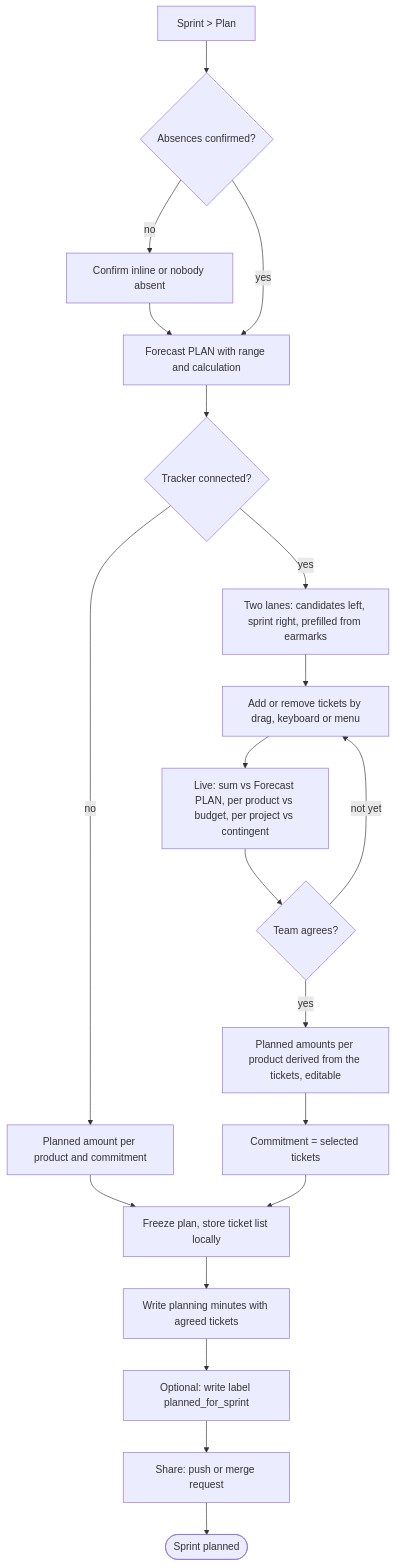
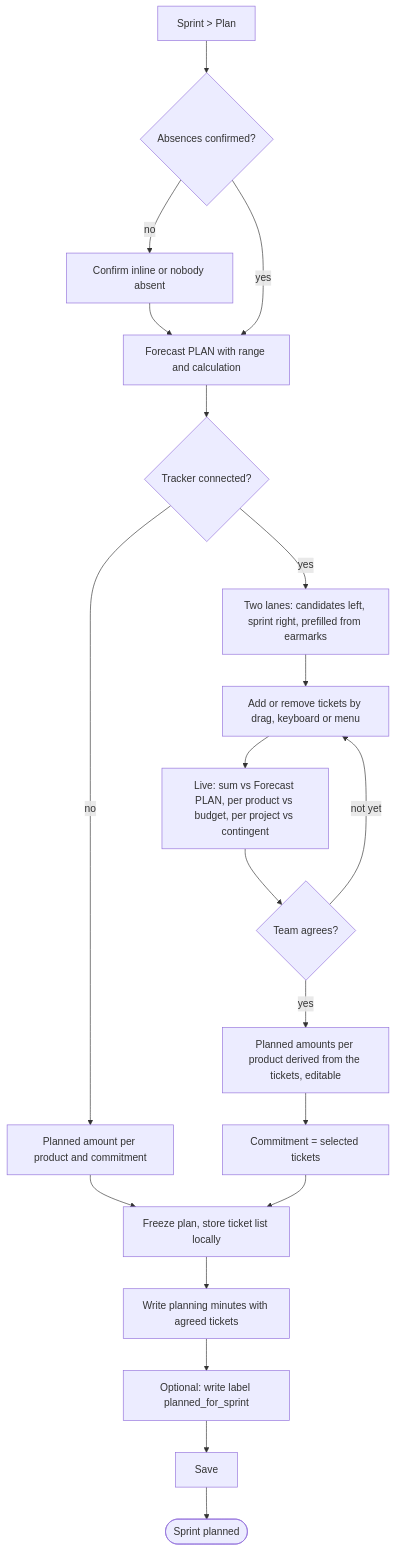
The sixth of 15 diagrams in docs/redesign/flows.md (swallat/foresprint), drawn with Mermaid before and after one commit. The commit also changed other lines of this file and 1 other file, not shown here.

First line of the commit message:
Make data flows storage-neutral (shared folder or Git) and define the storage interface

````diff
--- a/docs/redesign/flows.md
+++ b/docs/redesign/flows.md
@@ -218,21 +215,21 @@
 ```mermaid
 flowchart TD
   S[Sprint > Plan] --> A{Absences confirmed?}
   A -- no --> A1[Confirm inline or nobody absent] --> F
   A -- yes --> F[Forecast PLAN with range and calculation]
   F --> T{Tracker connected?}
   T -- no --> P[Planned amount per product and commitment]
   T -- yes --> L[Two lanes: candidates left, sprint right, prefilled from earmarks]
   L --> M[Add or remove tickets by drag, keyboard or menu]
   M --> G[Live: sum vs Forecast PLAN, per product vs budget, per project vs contingent]
   G --> Q{Team agrees?}
   Q -- not yet --> M
   Q -- yes --> P2[Planned amounts per product derived from the tickets, editable]
   P2 --> C[Commitment = selected tickets]
   P --> Z
   C --> Z[Freeze plan, store ticket list locally]
   Z --> MN[Write planning minutes with agreed tickets]
   MN --> W[Optional: write label planned_for_sprint]
-  W --> SH[Share: push or merge request]
+  W --> SH[Save]
   SH --> D([Sprint planned])
 ```
````
